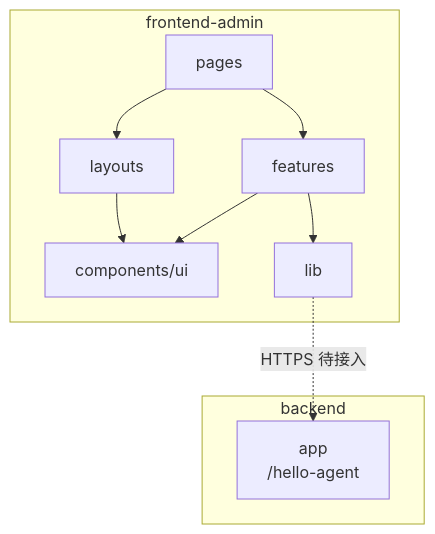
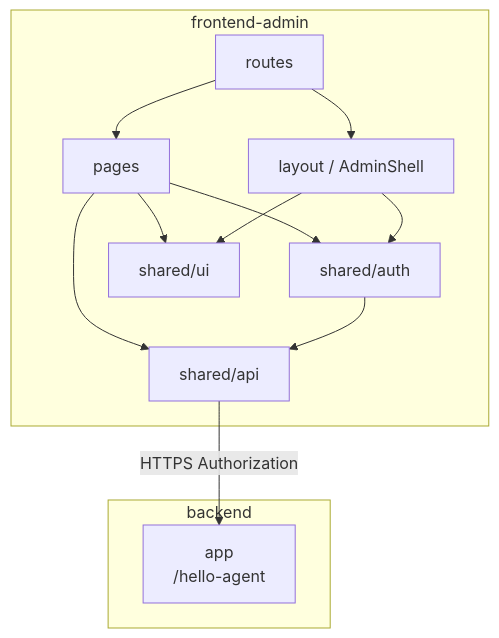
Before and after one commit to linuxjava/Hello-AgentR: the diagram in docs/frontend-admin/工程架构.md, drawn with Mermaid. The commit also changed other lines of this file and 2 other files, not shown here.

````diff
--- a/docs/frontend-admin/工程架构.md
+++ b/docs/frontend-admin/工程架构.md
@@ -91,21 +104,25 @@
 ```mermaid
 flowchart TB
   subgraph admin["frontend-admin"]
     PAGES[pages]
-    FEAT[features]
-    UI[components/ui]
-    LIB[lib]
-    LAY[layouts]
+    LAY[layout / AdminShell]
+    ROUTES[routes]
+    API[shared/api]
+    AUTH[shared/auth]
+    UI[shared/ui]
   end
 
   subgraph backend["backend"]
     APP[app<br/>/hello-agent]
   end
 
-  PAGES --> FEAT
-  PAGES --> LAY
+  ROUTES --> PAGES
+  ROUTES --> LAY
+  PAGES --> API
+  PAGES --> AUTH
+  PAGES --> UI
+  LAY --> AUTH
   LAY --> UI
-  FEAT --> LIB
-  FEAT --> UI
-  LIB -.->|"HTTPS 待接入"| APP
+  AUTH --> API
+  API -->|"HTTPS Authorization"| APP
 ```
````
